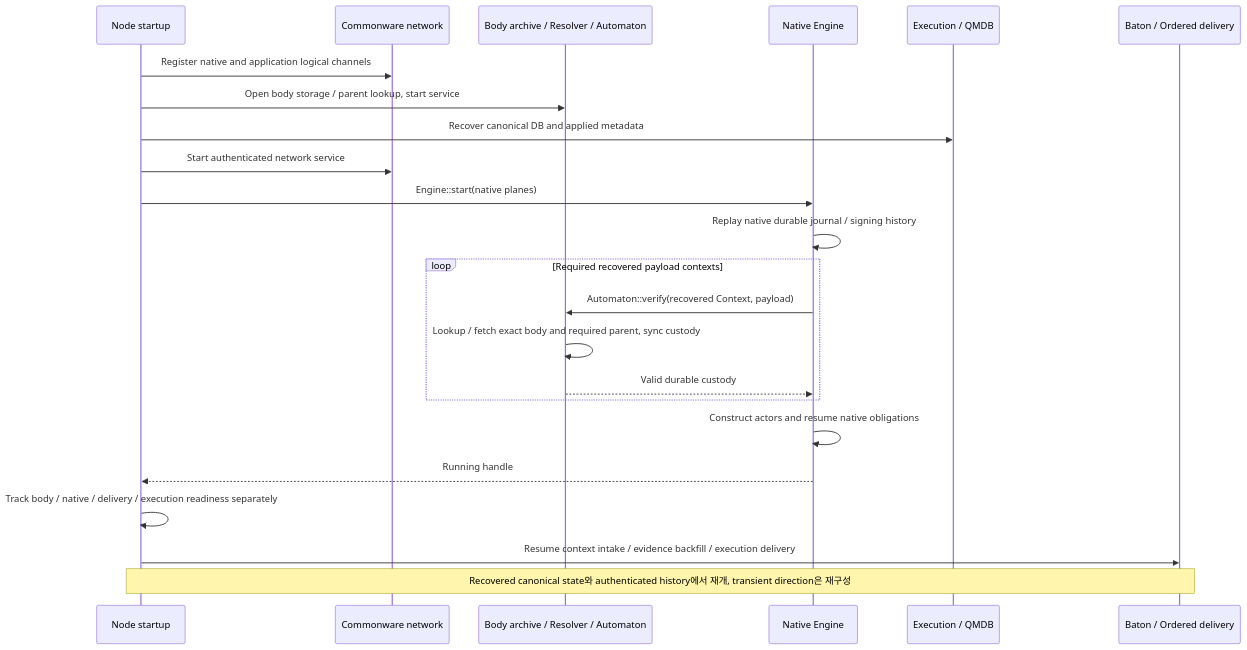
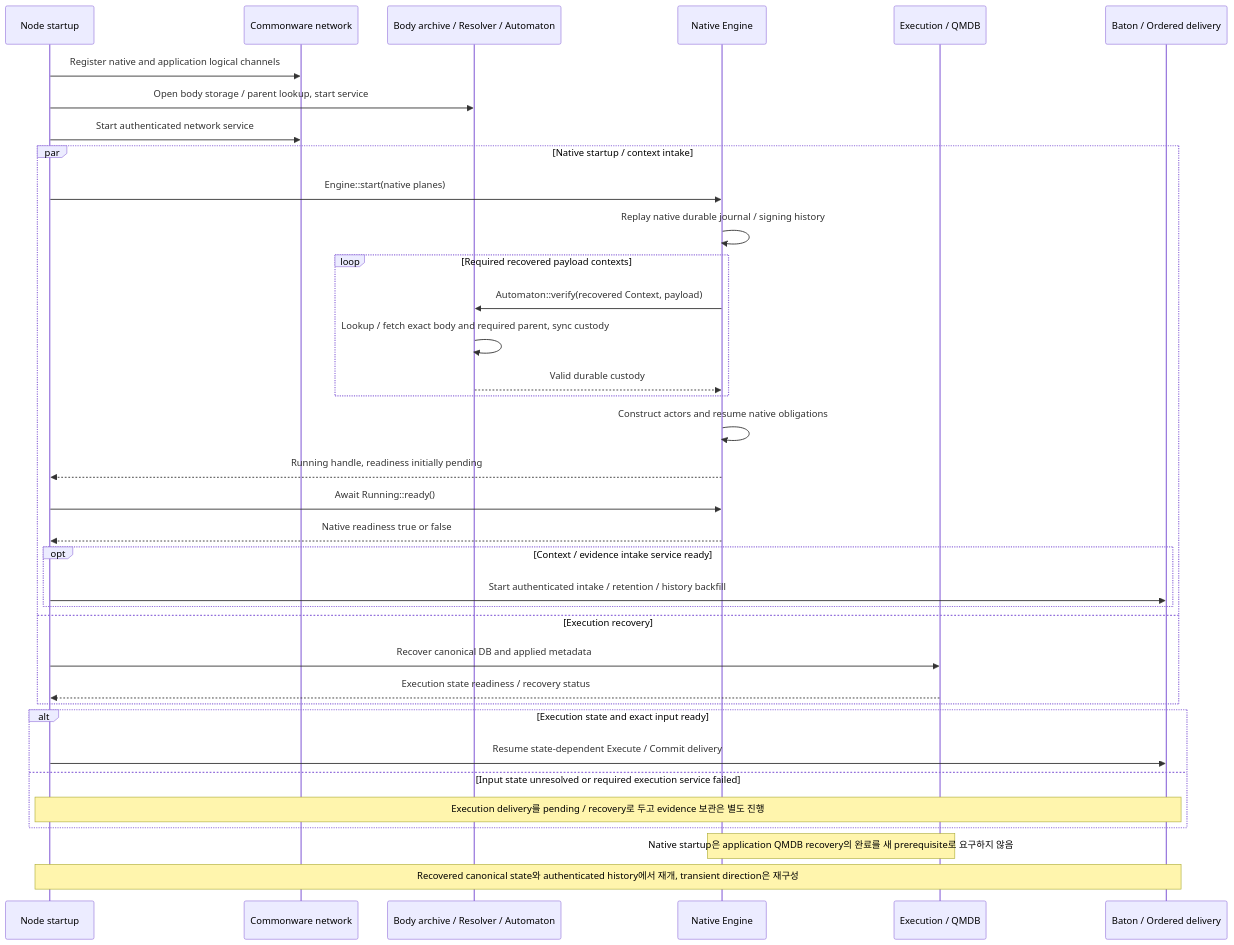
One commit to djm07073/baton-research changed diagram 13 of 17 in IMPLEMENTATION_SPEC.md. Above: the diagram before and after it, drawn with Mermaid. The commit also changed other lines of this file and 231 other files, not shown here.

Commit message:
docs: explain native evidence and QMDB lifecycle; archive research history

````diff
--- a/IMPLEMENTATION_SPEC.md
+++ b/IMPLEMENTATION_SPEC.md
@@ -539,25 +557,38 @@
 ```mermaid
 sequenceDiagram
     participant S as Node startup
     participant W as Commonware network
     participant A as Body archive / Resolver / Automaton
     participant N as Native Engine
     participant E as Execution / QMDB
     participant B as Baton / Ordered delivery
     S->>W: Register native and application logical channels
     S->>A: Open body storage / parent lookup, start service
-    S->>E: Recover canonical DB and applied metadata
     S->>W: Start authenticated network service
-    S->>N: Engine::start(native planes)
-    N->>N: Replay native durable journal / signing history
-    loop Required recovered payload contexts
-        N->>A: Automaton::verify(recovered Context, payload)
-        A->>A: Lookup / fetch exact body and required parent, sync custody
-        A-->>N: Valid durable custody
+    par Native startup / context intake
+        S->>N: Engine::start(native planes)
+        N->>N: Replay native durable journal / signing history
+        loop Required recovered payload contexts
+            N->>A: Automaton::verify(recovered Context, payload)
+            A->>A: Lookup / fetch exact body and required parent, sync custody
+            A-->>N: Valid durable custody
+        end
+        N->>N: Construct actors and resume native obligations
+        N-->>S: Running handle, readiness initially pending
+        S->>N: Await Running::ready()
+        N-->>S: Native readiness true or false
+        opt Context / evidence intake service ready
+            S->>B: Start authenticated intake / retention / history backfill
+        end
+    and Execution recovery
+        S->>E: Recover canonical DB and applied metadata
+        E-->>S: Execution state readiness / recovery status
     end
-    N->>N: Construct actors and resume native obligations
-    N-->>S: Running handle
-    S->>S: Track body / native / delivery / execution readiness separately
-    S->>B: Resume context intake / evidence backfill / execution delivery
+    alt Execution state and exact input ready
+        S->>B: Resume state-dependent Execute / Commit delivery
+    else Input state unresolved or required execution service failed
+        Note over S,B: Execution delivery를 pending / recovery로 두고 evidence 보관은 별도 진행
+    end
+    Note over N,E: Native startup은 application QMDB recovery의 완료를 새 prerequisite로 요구하지 않음
     Note over S,B: Recovered canonical state와 authenticated history에서 재개, transient direction은 재구성
 ```
````
